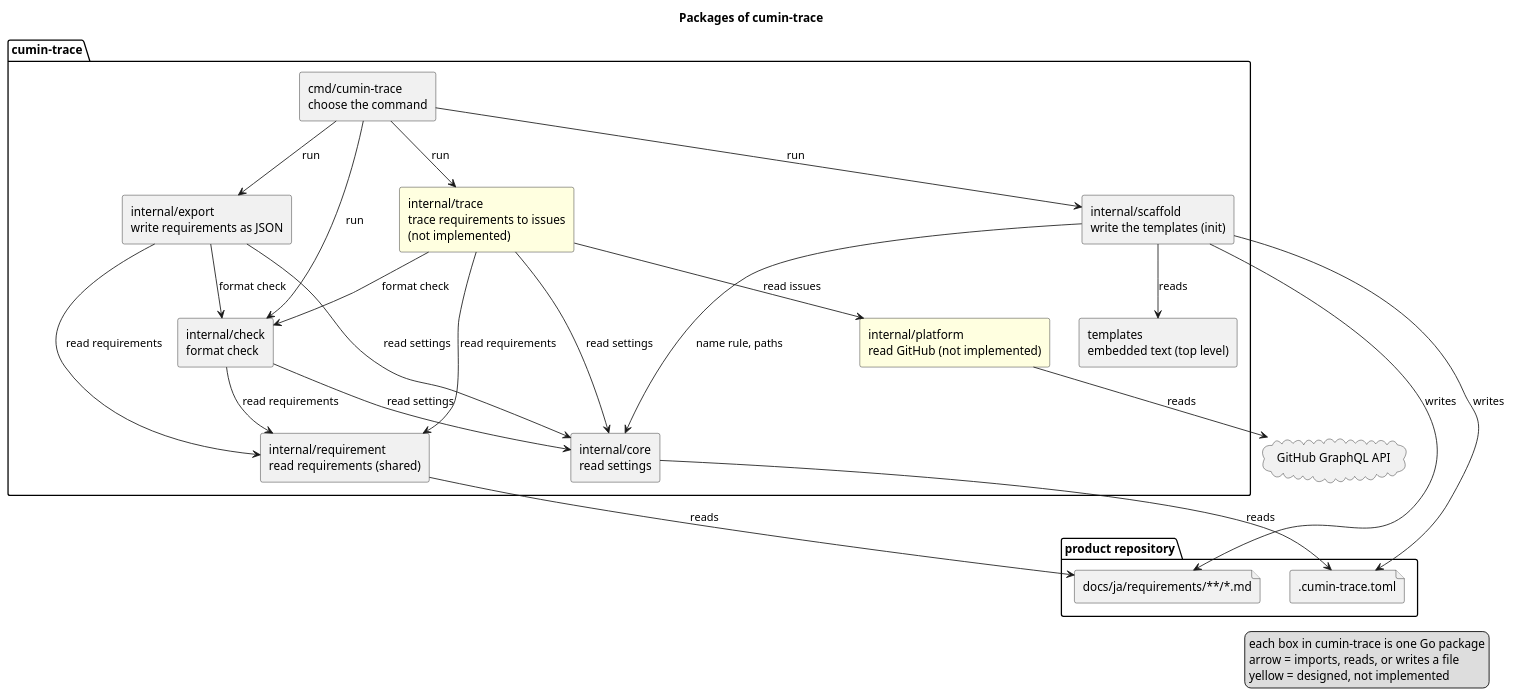
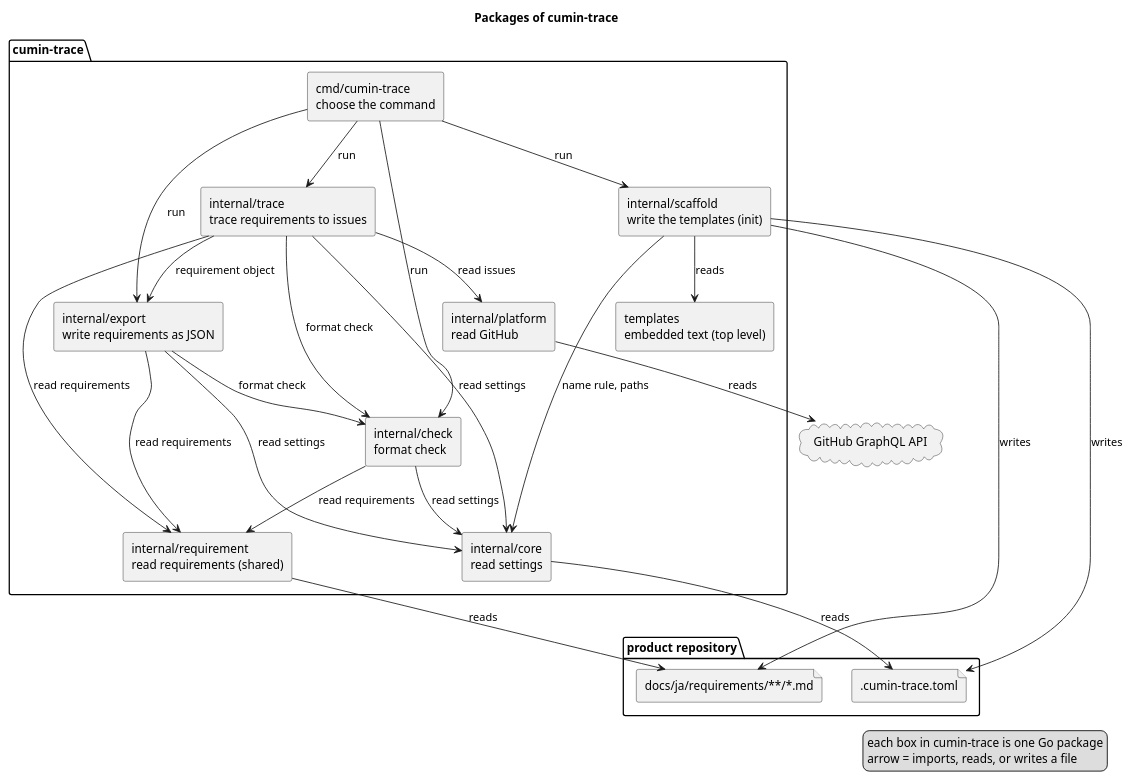
The diagram in docs/ja/architecture/overview.puml (cloveclovedev/cumin-trace), drawn with PlantUML before and after one commit. The commit also changed 11 other files, not shown here.

First line of the commit message:
feat(trace): build each requirement of the trace output on the export (#103)

```diff
--- a/docs/ja/architecture/overview.puml
+++ b/docs/ja/architecture/overview.puml
@@ -1,51 +1,51 @@
 @startuml overview
 title Packages of cumin-trace
 skinparam shadowing false
 skinparam componentStyle rectangle
 
 package "product repository" {
   file ".cumin-trace.toml" as toml
   file "docs/ja/requirements/**/*.md" as docs
 }
 
 package "cumin-trace" {
   [cmd/cumin-trace\nchoose the command] as cmd
   [internal/check\nformat check] as check
   [internal/requirement\nread requirements (shared)] as requirement
   [internal/core\nread settings] as core
   [internal/export\nwrite requirements as JSON] as export
   [internal/scaffold\nwrite the templates (init)] as scaffold
   [templates\nembedded text (top level)] as templates
-  [internal/trace\ntrace requirements to issues\n(not implemented)] as trace #LightYellow
-  [internal/platform\nread GitHub (not implemented)] as platform #LightYellow
+  [internal/trace\ntrace requirements to issues] as trace
+  [internal/platform\nread GitHub] as platform
 }
 
 cloud "GitHub GraphQL API" as api
 
 cmd --> check : run
 cmd --> export : run
 cmd --> scaffold : run
 cmd --> trace : run
 export --> check : format check
 export --> requirement : read requirements
 export --> core : read settings
 trace --> check : format check
 trace --> requirement : read requirements
 trace --> core : read settings
+trace --> export : requirement object
 trace --> platform : read issues
 platform --> api : reads
 scaffold --> templates : reads
 scaffold --> core : name rule, paths
 scaffold --> toml : writes
 scaffold --> docs : writes
 check --> requirement : read requirements
 check --> core : read settings
 core --> toml : reads
 requirement --> docs : reads
 
 legend right
   each box in cumin-trace is one Go package
   arrow = imports, reads, or writes a file
-  yellow = designed, not implemented
 endlegend
 @enduml
```
